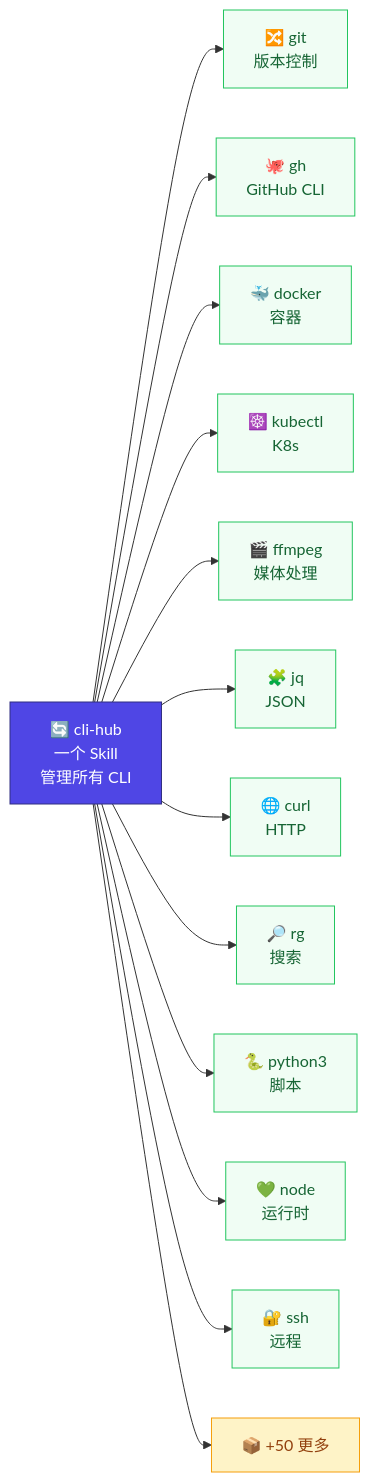
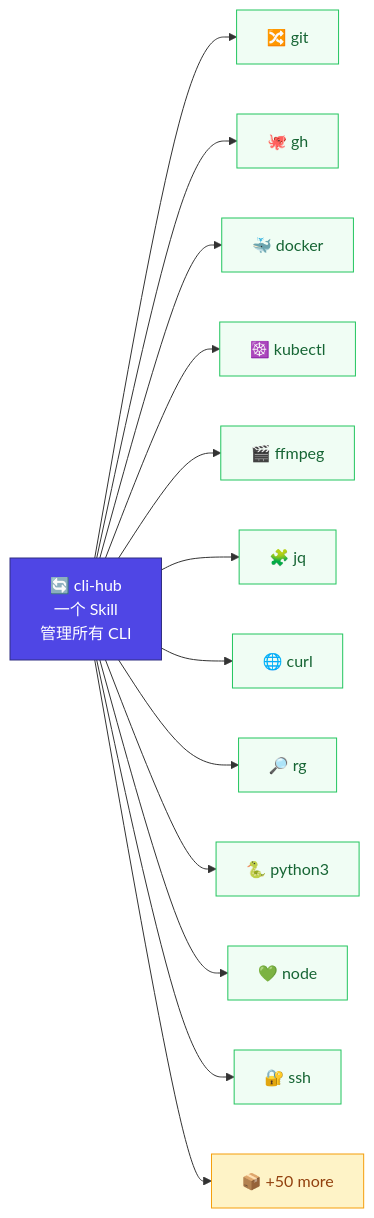
Before and after one commit to dull-bird/cli-hub: the diagram in README_CN.md, drawn with Mermaid. The commit also changed other lines of this file and 1 other file, not shown here.

Commit message:
docs: comprehensive README — user guide + developer architecture

````diff
--- a/README_CN.md
+++ b/README_CN.md
@@ -5,29 +5,29 @@
 ```mermaid
 graph LR
-    CH["🔄 cli-hub<br/>一个 Skill<br/>管理所有 CLI"] --> git["🔀 git<br/>版本控制"]
-    CH --> gh["🐙 gh<br/>GitHub CLI"]
-    CH --> docker["🐳 docker<br/>容器"]
-    CH --> kubectl["☸️ kubectl<br/>K8s"]
-    CH --> ffmpeg["🎬 ffmpeg<br/>媒体处理"]
-    CH --> jq["🧩 jq<br/>JSON"]
-    CH --> curl["🌐 curl<br/>HTTP"]
-    CH --> rg["🔎 rg<br/>搜索"]
-    CH --> python3["🐍 python3<br/>脚本"]
-    CH --> node["💚 node<br/>运行时"]
-    CH --> ssh["🔐 ssh<br/>远程"]
-    CH --> more["📦 +50 更多"]
+    CH["🔄 cli-hub<br/>一个 Skill<br/>管理所有 CLI"] --> git["🔀 git"]
+    CH --> gh["🐙 gh"]
+    CH --> docker["🐳 docker"]
+    CH --> kubectl["☸️ kubectl"]
+    CH --> ffmpeg["🎬 ffmpeg"]
+    CH --> jq["🧩 jq"]
+    CH --> curl["🌐 curl"]
+    CH --> rg["🔎 rg"]
+    CH --> python3["🐍 python3"]
+    CH --> node["💚 node"]
+    CH --> ssh["🔐 ssh"]
+    CH --> more["📦 +50 more"]
 
     style CH fill:#4f46e5,color:#fff,stroke:#312e81
     style git fill:#f0fdf4,stroke:#22c55e,color:#166534
     style gh fill:#f0fdf4,stroke:#22c55e,color:#166534
     style docker fill:#f0fdf4,stroke:#22c55e,color:#166534
     style kubectl fill:#f0fdf4,stroke:#22c55e,color:#166534
     style ffmpeg fill:#f0fdf4,stroke:#22c55e,color:#166534
     style jq fill:#f0fdf4,stroke:#22c55e,color:#166534
     style curl fill:#f0fdf4,stroke:#22c55e,color:#166534
     style rg fill:#f0fdf4,stroke:#22c55e,color:#166534
     style python3 fill:#f0fdf4,stroke:#22c55e,color:#166534
     style node fill:#f0fdf4,stroke:#22c55e,color:#166534
     style ssh fill:#f0fdf4,stroke:#22c55e,color:#166534
     style more fill:#fef3c7,stroke:#f59e0b,color:#92400e
 ```
````
